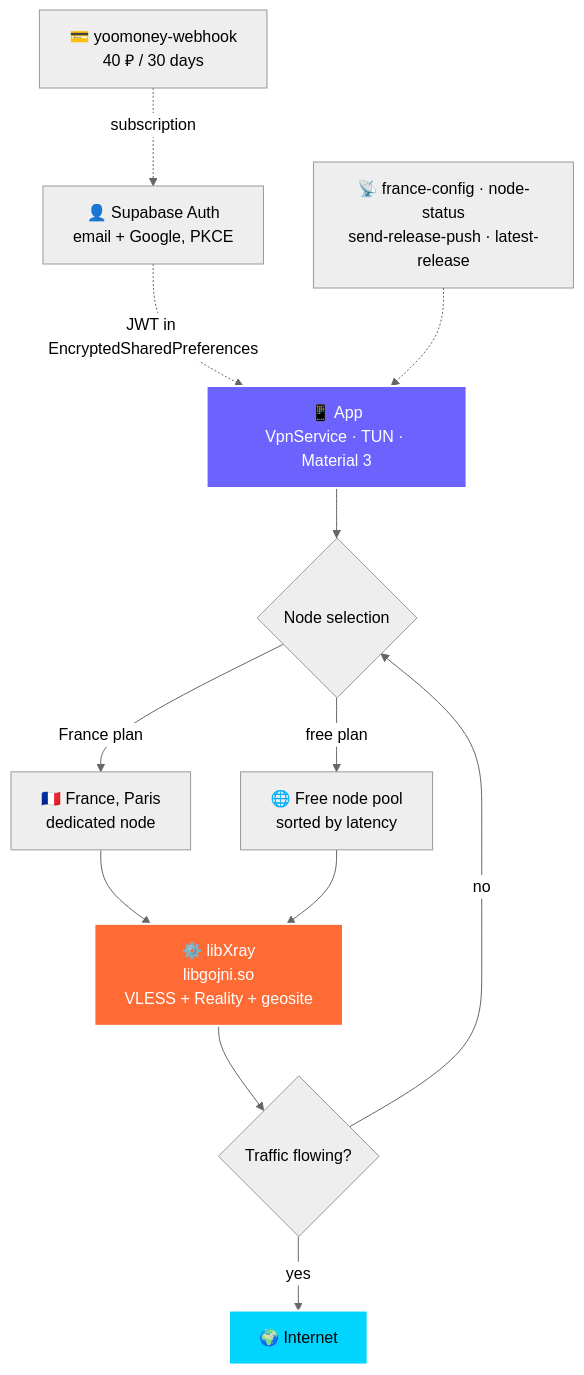
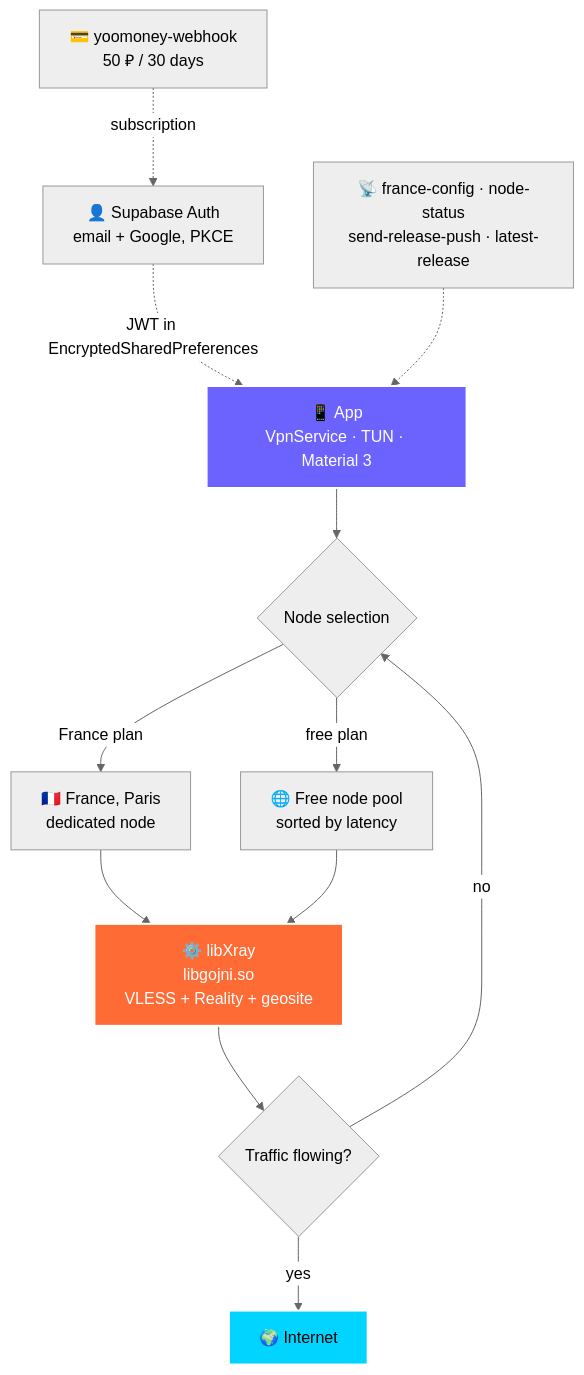
Before and after one commit to Core-Dev-Support/naua-security-mirage-android: the diagram in README_EN.md, drawn with Mermaid (neutral theme). The commit also changed other lines of this file and 18 other files, not shown here.

````diff
--- a/README_EN.md
+++ b/README_EN.md
@@ -87,19 +87,19 @@
 ```mermaid
 flowchart TD
     A["📱 App<br/>VpnService · TUN · Material 3"] --> S{"Node selection"}
     S -->|"France plan"| P["🇫🇷 France, Paris<br/>dedicated node"]
     S -->|"free plan"| F["🌐 Free node pool<br/>sorted by latency"]
     P --> C["⚙️ libXray<br/>libgojni.so<br/>VLESS + Reality + geosite"]
     F --> C
     C --> W{"Traffic flowing?"}
     W -->|no| S
     W -->|yes| N["🌍 Internet"]
 
     G["👤 Supabase Auth<br/>email + Google, PKCE"] -.->|JWT in EncryptedSharedPreferences| A
-    Y["💳 yoomoney-webhook<br/>40 ₽ / 30 days"] -.->|subscription| G
+    Y["💳 yoomoney-webhook<br/>50 ₽ / 30 days"] -.->|subscription| G
     B["📡 france-config · node-status<br/>send-release-push · latest-release"] -.-> A
 
     style A fill:#6C63FF,stroke:#fff,stroke-width:2px,color:#fff
     style C fill:#FF6B35,stroke:#fff,stroke-width:2px,color:#fff
     style N fill:#00D4FF,stroke:#fff,stroke-width:2px,color:#000
 ```
````
